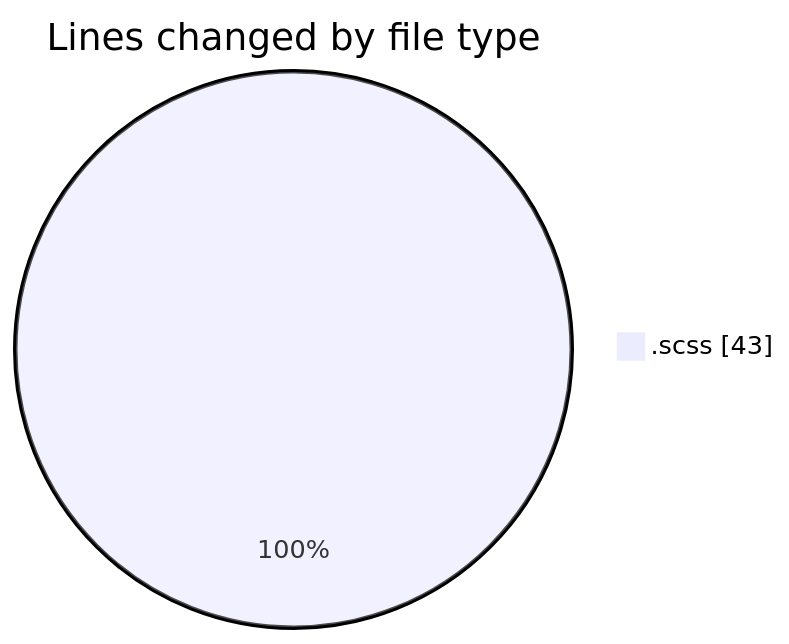
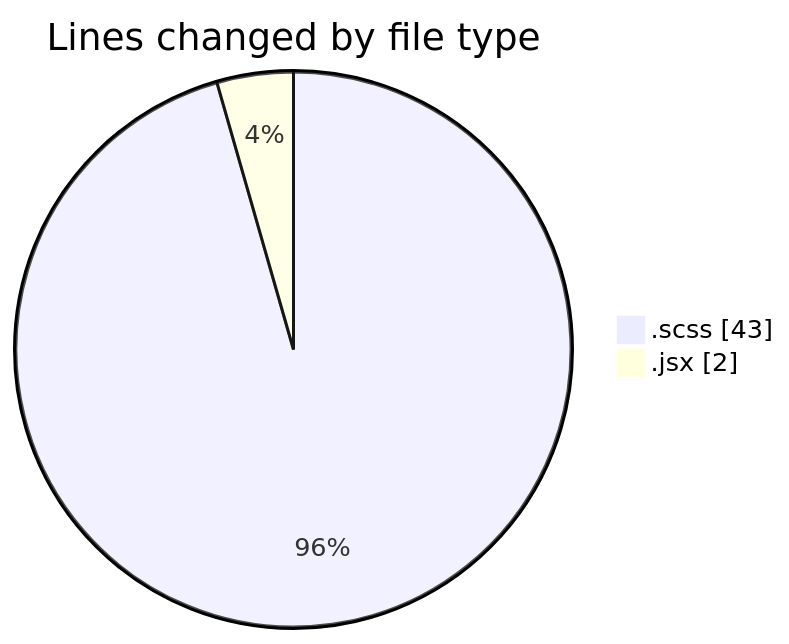
The first of 2 diagrams in 2025-06-03/cda/README.md (momahboobian/code-tracking), drawn with Mermaid before and after one commit. The commit also changed other lines of this file and 1 other file, not shown here.

````diff
--- a/2025-06-03/cda/README.md
+++ b/2025-06-03/cda/README.md
@@ -21,5 +22,6 @@
 ```mermaid
 pie showData
 title Lines changed by file type
 ".scss" : 43
+".jsx" : 2
 ```
````
